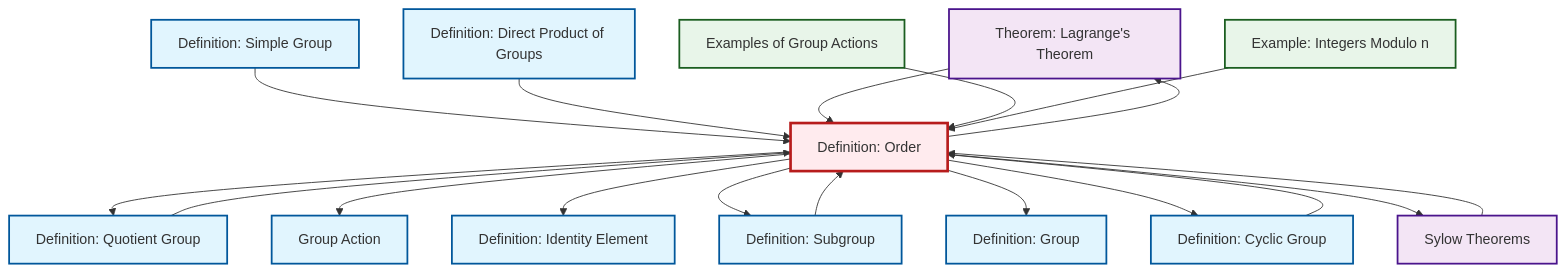
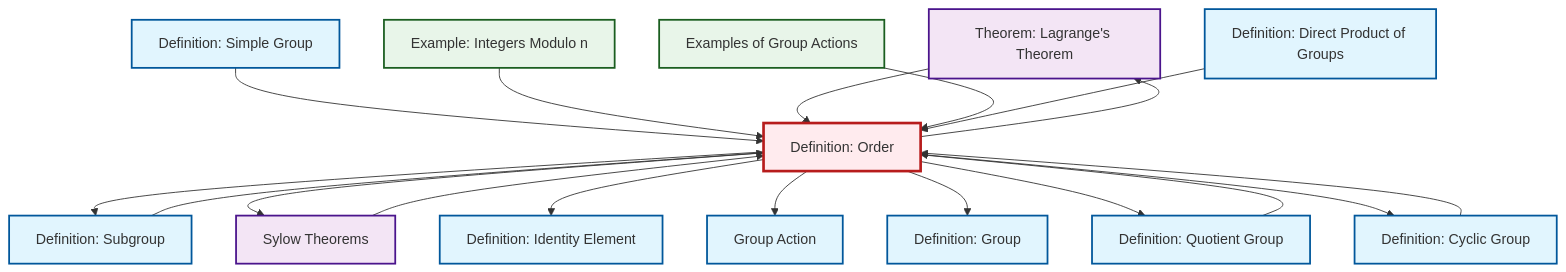
One commit to RK0429/ModernMath changed the diagram in content/ja/algebra/def-order.qmd. Above: the diagram before and after it, drawn with Mermaid. The commit also changed other lines of this file and 634 other files, not shown here.

````diff
--- a/content/ja/algebra/def-order.qmd
+++ b/content/ja/algebra/def-order.qmd
@@ -112,52 +112,52 @@
 ```{mermaid}
 %%| fig-cap: "Local dependency graph"
 graph TD
     classDef definition fill:#e1f5fe,stroke:#01579b,stroke-width:2px
     classDef theorem fill:#f3e5f5,stroke:#4a148c,stroke-width:2px
     classDef axiom fill:#fff3e0,stroke:#e65100,stroke-width:2px
     classDef example fill:#e8f5e9,stroke:#1b5e20,stroke-width:2px
     classDef current fill:#ffebee,stroke:#b71c1c,stroke-width:3px
+    def-group["Definition: Group"]:::definition
     thm-lagrange["Theorem: Lagrange's Theorem"]:::theorem
-    def-group["Definition: Group"]:::definition
+    def-simple-group["Definition: Simple Group"]:::definition
+    def-quotient-group["Definition: Quotient Group"]:::definition
     def-cyclic-group["Definition: Cyclic Group"]:::definition
-    def-simple-group["Definition: Simple Group"]:::definition
     def-subgroup["Definition: Subgroup"]:::definition
-    def-quotient-group["Definition: Quotient Group"]:::definition
+    thm-sylow["Sylow Theorems"]:::theorem
+    def-direct-product["Definition: Direct Product of Groups"]:::definition
+    def-order["Definition: Order"]:::definition
     ex-quotient-integers-mod-n["Example: Integers Modulo n"]:::example
     def-group-action["Group Action"]:::definition
-    thm-sylow["Sylow Theorems"]:::theorem
-    def-order["Definition: Order"]:::definition
+    def-identity-element["Definition: Identity Element"]:::definition
     ex-group-action-examples["Examples of Group Actions"]:::example
-    def-identity-element["Definition: Identity Element"]:::definition
-    def-direct-product["Definition: Direct Product of Groups"]:::definition
     def-simple-group --> def-order
+    ex-quotient-integers-mod-n --> def-order
+    def-order --> def-subgroup
+    def-order --> thm-sylow
+    def-subgroup --> def-order
     def-quotient-group --> def-order
+    thm-lagrange --> def-order
+    def-order --> thm-lagrange
+    def-order --> def-identity-element
+    def-order --> def-group-action
+    ex-group-action-examples --> def-order
+    def-cyclic-group --> def-order
+    def-order --> def-group
+    def-direct-product --> def-order
     def-order --> def-quotient-group
-    def-order --> def-group-action
     thm-sylow --> def-order
-    def-order --> thm-lagrange
-    def-cyclic-group --> def-order
-    def-order --> def-identity-element
-    def-order --> def-subgroup
-    def-direct-product --> def-order
-    thm-lagrange --> def-order
-    def-order --> def-group
-    ex-group-action-examples --> def-order
     def-order --> def-cyclic-group
-    ex-quotient-integers-mod-n --> def-order
-    def-subgroup --> def-order
-    def-order --> thm-sylow
     class def-order current
+    click def-group "def-group.html" "Definition: Groupへ"
     click thm-lagrange "thm-lagrange.html" "Theorem: Lagrange's Theoremへ"
-    click def-group "def-group.html" "Definition: Groupへ"
+    click def-simple-group "def-simple-group.html" "Definition: Simple Groupへ"
+    click def-quotient-group "def-quotient-group.html" "Definition: Quotient Groupへ"
     click def-cyclic-group "def-cyclic-group.html" "Definition: Cyclic Groupへ"
-    click def-simple-group "def-simple-group.html" "Definition: Simple Groupへ"
     click def-subgroup "def-subgroup.html" "Definition: Subgroupへ"
-    click def-quotient-group "def-quotient-group.html" "Definition: Quotient Groupへ"
+    click thm-sylow "thm-sylow.html" "Sylow Theoremsへ"
+    click def-direct-product "def-direct-product.html" "Definition: Direct Product of Groupsへ"
     click ex-quotient-integers-mod-n "ex-quotient-integers-mod-n.html" "Example: Integers Modulo nへ"
     click def-group-action "def-group-action.html" "Group Actionへ"
-    click thm-sylow "thm-sylow.html" "Sylow Theoremsへ"
+    click def-identity-element "def-identity-element.html" "Definition: Identity Elementへ"
     click ex-group-action-examples "ex-group-action-examples.html" "Examples of Group Actionsへ"
-    click def-identity-element "def-identity-element.html" "Definition: Identity Elementへ"
-    click def-direct-product "def-direct-product.html" "Definition: Direct Product of Groupsへ"
 ```
````
